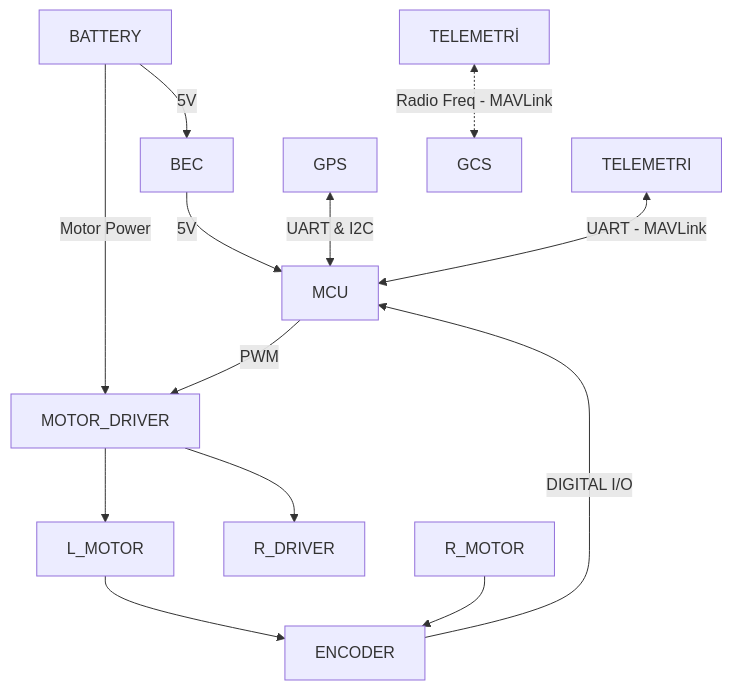
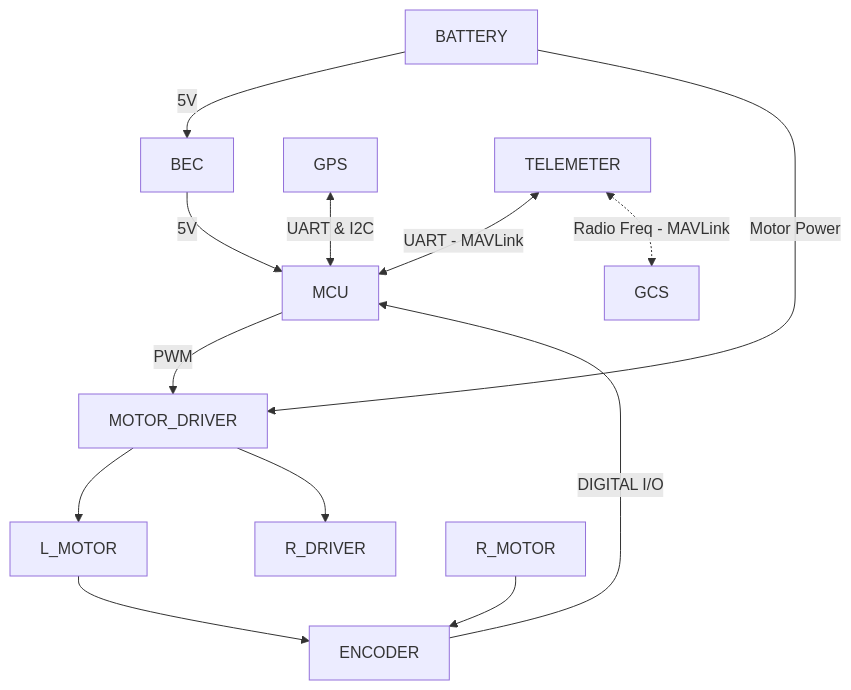
The second of 2 diagrams in README.md (MelihCSE/tusmec-uav-ugv-heterogeneous-control), drawn with Mermaid before and after one commit. The commit also changed other lines of this file, not shown here.

Commit message:
Correct 'TELEMETRI' to 'TELEMETER' in README
Updated terminology from 'TELEMETRI' to 'TELEMETER' for consistency.

````diff
--- a/README.md
+++ b/README.md
@@ -26,15 +26,15 @@
 ```mermaid
 graph TD
   BATTERY -->|5V| BEC
   BATTERY -->|Motor Power| MOTOR_DRIVER
   BEC -->|5V| MCU
   MCU -->|PWM| MOTOR_DRIVER
   MOTOR_DRIVER --> L_MOTOR
   MOTOR_DRIVER --> R_DRIVER
   L_MOTOR --> ENCODER
   R_MOTOR --> ENCODER
   ENCODER -->|DIGITAL I/O| MCU
   GPS <-->|UART & I2C| MCU
-  TELEMETRI <-->|UART - MAVLink| MCU
-  TELEMETRİ <-.->|Radio Freq - MAVLink| GCS
+  TELEMETER <-->|UART - MAVLink| MCU
+  TELEMETER <-.->|Radio Freq - MAVLink| GCS
 ```
````
